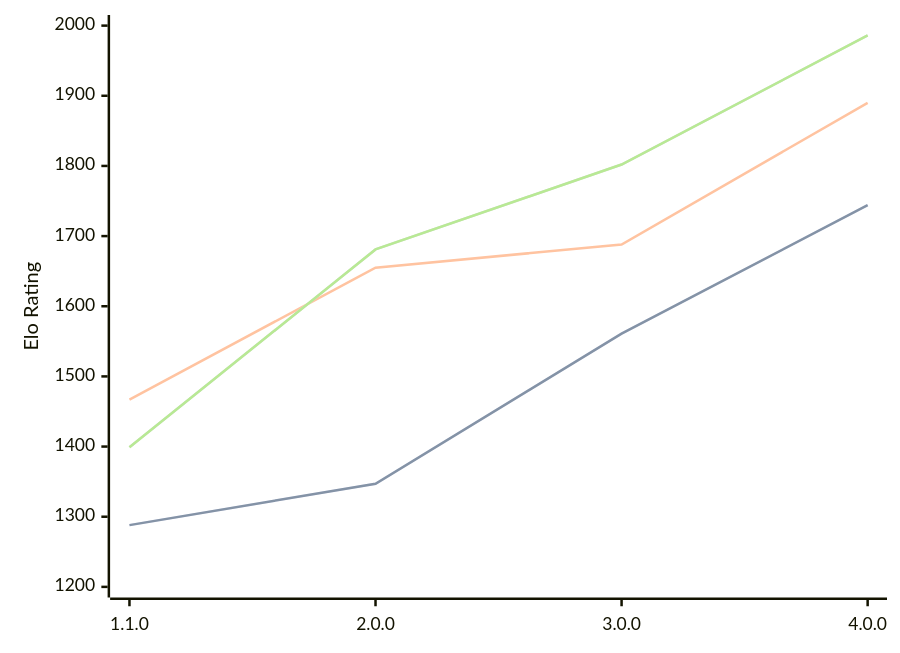
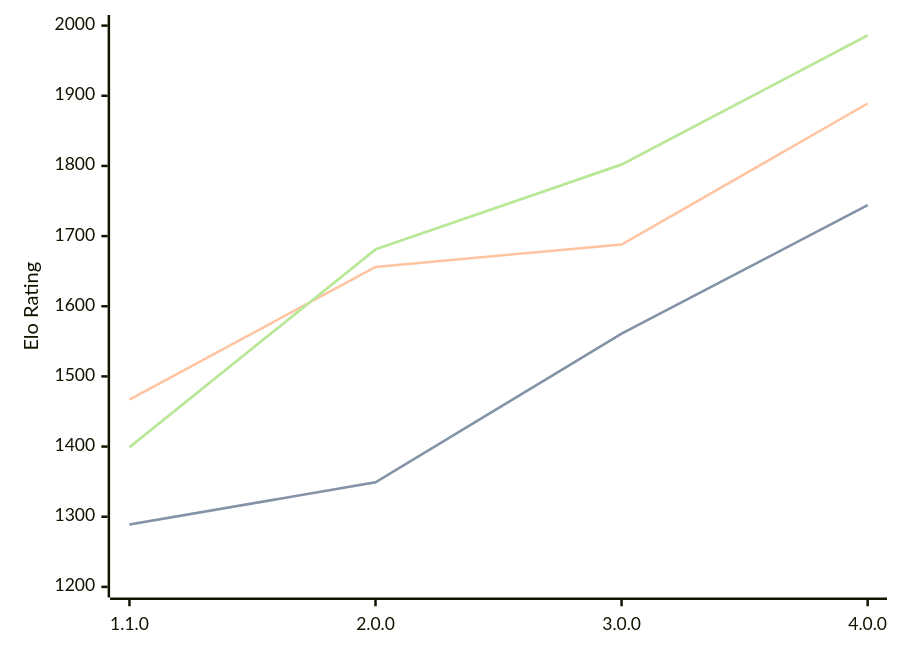
One commit to computer-chess-index/cci changed the diagram in engines/Laura.md. Above: the diagram before and after it, drawn with Mermaid. The commit also changed other lines of this file, not shown here.

````diff
--- a/engines/Laura.md
+++ b/engines/Laura.md
@@ -35,11 +35,11 @@
 ```mermaid
 %%{init: {"theme":"base","themeVariables":{"seriesColors:['#a3a3a3','#222221','#faa371']}}}%%
 xychart-beta
   x-axis ["1.1.0", "2.0.0", "3.0.0", "4.0.0"]
   y-axis "Elo Rating" 1200 --> 2000
-  line "STC (8.0+0.08s)" [1288, 1347, 1561, 1744]
-  line "STC (8.0+0.08s)" [1288, 1347, 1561, 1744]
-  line "LTC (60.0+0.60s)" [1467, 1655, 1688, 1890]
+  line "STC (8.0+0.08s)" [1289, 1349, 1561, 1744]
+  line "STC (8.0+0.08s)" [1289, 1349, 1561, 1744]
+  line "LTC (60.0+0.60s)" [1467, 1656, 1688, 1889]
   line "VLTC (2m24s+1.12s)" [1399, 1681, 1802, 1986]
   line "VLTC (2m24s+1.12s)" [1399, 1681, 1802, 1986]
 ```
````
